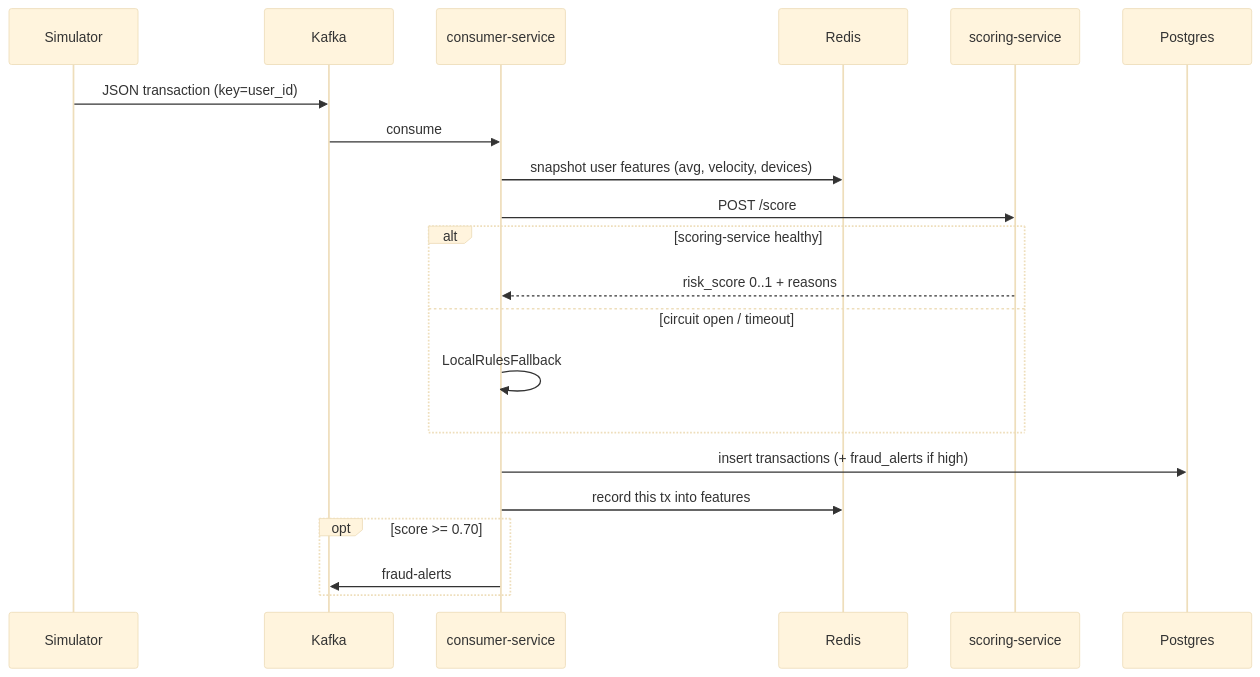
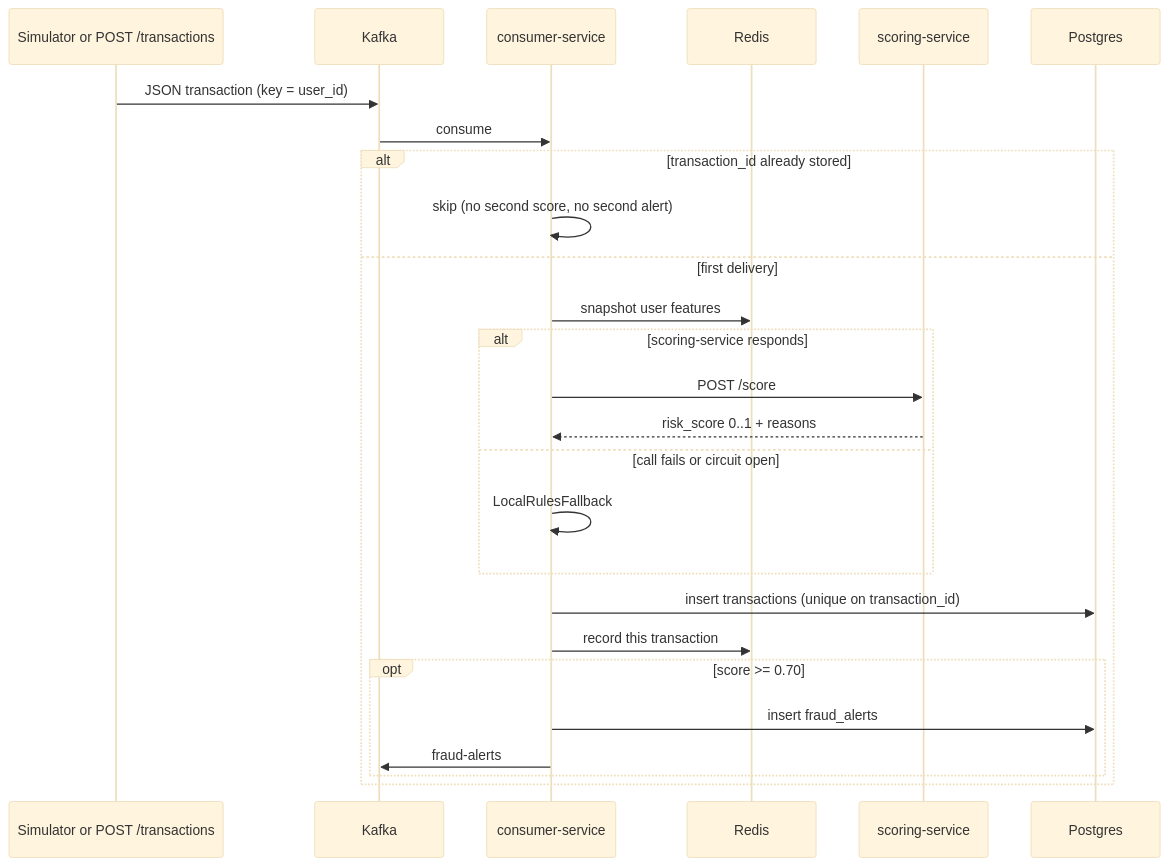
The second of 2 diagrams in README.md (Lubhawani-Singh-Chouhan/Fraudguard), drawn with Mermaid (base theme) before and after one commit. The commit also changed other lines of this file and 2 other files, not shown here.

````diff
--- a/README.md
+++ b/README.md
@@ -33,24 +27,29 @@
 ```mermaid
 sequenceDiagram
-    participant Sim as Simulator
+    participant Sim as Simulator or POST /transactions
     participant K as Kafka
     participant C as consumer-service
     participant R as Redis
     participant S as scoring-service
     participant P as Postgres
 
-    Sim->>K: JSON transaction (key=user_id)
+    Sim->>K: JSON transaction (key = user_id)
     K->>C: consume
-    C->>R: snapshot user features (avg, velocity, devices)
-    C->>S: POST /score
-    alt scoring-service healthy
-        S-->>C: risk_score 0..1 + reasons
-    else circuit open / timeout
-        C->>C: LocalRulesFallback
-    end
-    C->>P: insert transactions (+ fraud_alerts if high)
-    C->>R: record this tx into features
-    opt score >= 0.70
-        C->>K: fraud-alerts
+    alt transaction_id already stored
+        C->>C: skip (no second score, no second alert)
+    else first delivery
+        C->>R: snapshot user features
+        alt scoring-service responds
+            C->>S: POST /score
+            S-->>C: risk_score 0..1 + reasons
+        else call fails or circuit open
+            C->>C: LocalRulesFallback
+        end
+        C->>P: insert transactions (unique on transaction_id)
+        C->>R: record this transaction
+        opt score >= 0.70
+            C->>P: insert fraud_alerts
+            C->>K: fraud-alerts
+        end
     end
 ```
````
